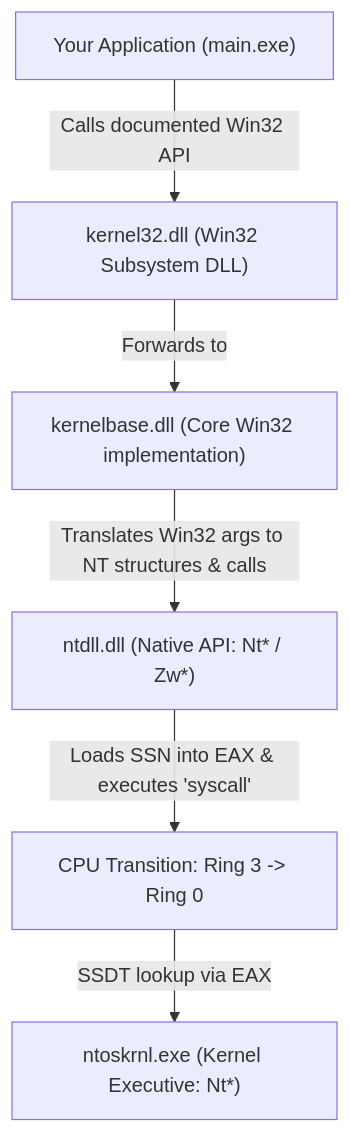
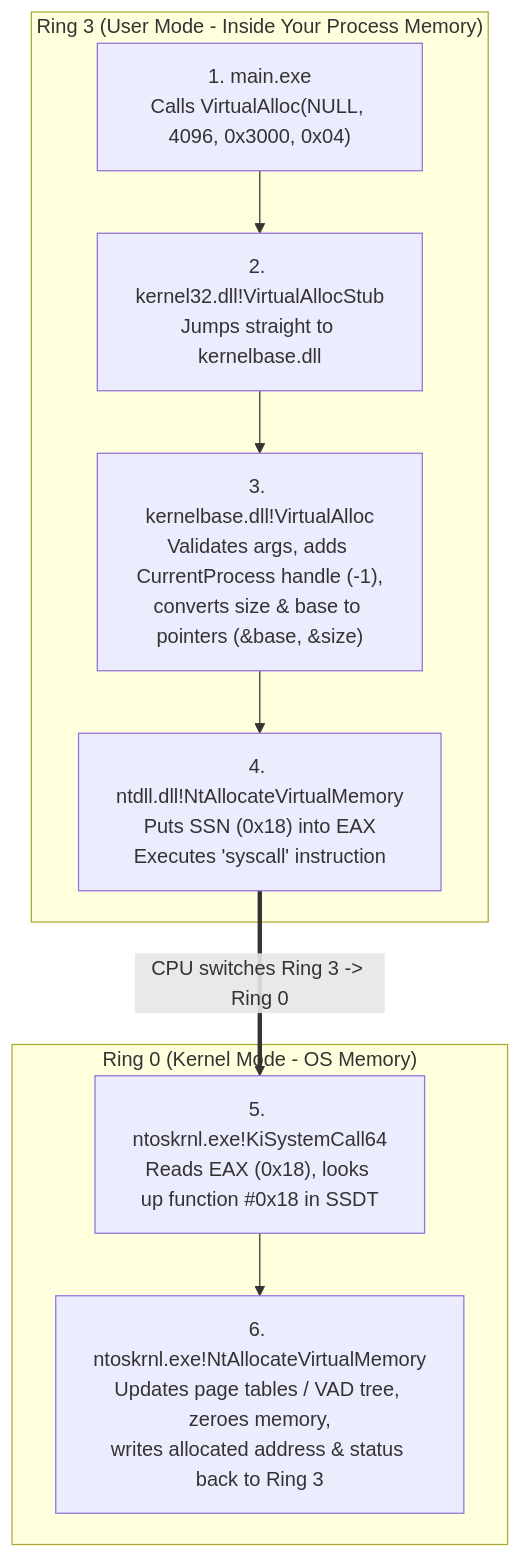
Before and after one commit to st4inl3s5/OS-Internals: the diagram in windows/01-call-chain-and-ntapi.md, drawn with Mermaid. The commit also changed other lines of this file and 4 other files, not shown here.

Commit message:
Complete Module 1.1 notes and Lab 1.1 (NtAllocateVirtualMemory & SSN inspection)

````diff
--- a/windows/01-call-chain-and-ntapi.md
+++ b/windows/01-call-chain-and-ntapi.md
@@ -21,8 +90,14 @@
 ```mermaid
 flowchart TD
-    A["Your Application (main.exe)"] -->|"Calls documented Win32 API"| B["kernel32.dll (Win32 Subsystem DLL)"]
-    B -->|"Forwards to"| C["kernelbase.dll (Core Win32 implementation)"]
-    C -->|"Translates Win32 args to NT structures & calls"| D["ntdll.dll (Native API: Nt* / Zw*)"]
-    D -->|"Loads SSN into EAX & executes 'syscall'"| E["CPU Transition: Ring 3 -> Ring 0"]
-    E -->|"SSDT lookup via EAX"| F["ntoskrnl.exe (Kernel Executive: Nt*)"]
+    subgraph Ring3 ["Ring 3 (User Mode - Inside Your Process Memory)"]
+        A["1. main.exe<br/>Calls VirtualAlloc(NULL, 4096, 0x3000, 0x04)"] --> B["2. kernel32.dll!VirtualAllocStub<br/>Jumps straight to kernelbase.dll"]
+        B --> C["3. kernelbase.dll!VirtualAlloc<br/>Validates args, adds CurrentProcess handle (-1),<br/>converts size & base to pointers (&base, &size)"]
+        C --> D["4. ntdll.dll!NtAllocateVirtualMemory<br/>Puts SSN (0x18) into EAX<br/>Executes 'syscall' instruction"]
+    end
+
+    D ==>|"CPU switches Ring 3 -> Ring 0"| E
+
+    subgraph Ring0 ["Ring 0 (Kernel Mode - OS Memory)"]
+        E["5. ntoskrnl.exe!KiSystemCall64<br/>Reads EAX (0x18), looks up function #0x18 in SSDT"] --> F["6. ntoskrnl.exe!NtAllocateVirtualMemory<br/>Updates page tables / VAD tree, zeroes memory,<br/>writes allocated address & status back to Ring 3"]
+    end
 ```
````
